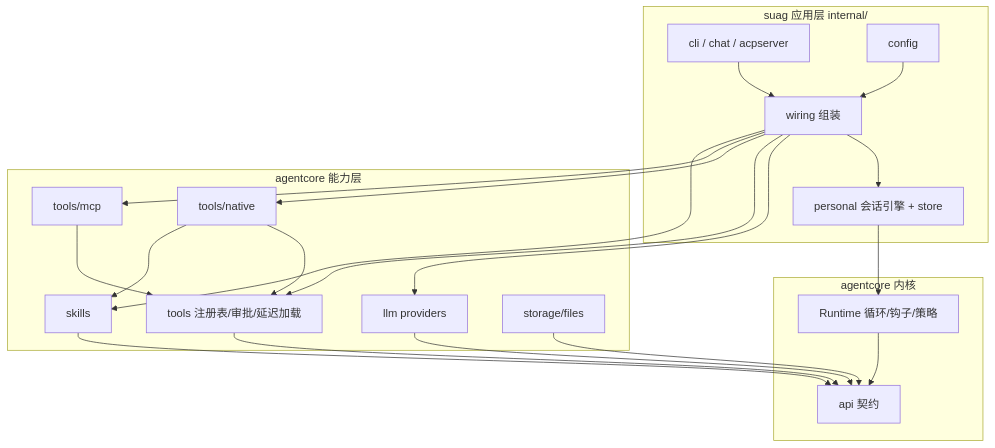
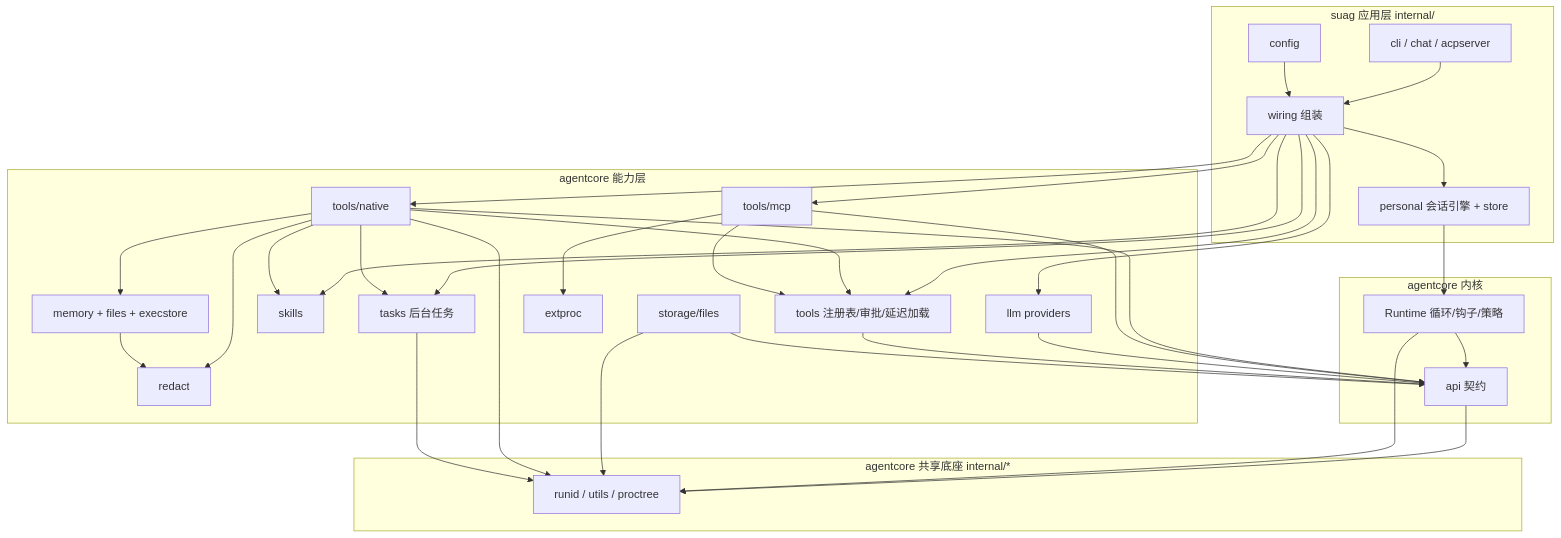
The diagram in docs/design/2026-10-10-agentcore-layering-design.md (inhere/suag), drawn with Mermaid before and after one commit. The commit also changed other lines of this file and 3 other files, not shown here.

````diff
--- a/docs/design/2026-10-10-agentcore-layering-design.md
+++ b/docs/design/2026-10-10-agentcore-layering-design.md
@@ -115,27 +115,36 @@
 ```mermaid
 flowchart TD
   subgraph app[suag 应用层 internal/]
     cli[cli / chat / acpserver]
     wiring[wiring 组装]
     personal[personal 会话引擎 + store]
     config[config]
   end
   subgraph cap[agentcore 能力层]
     llm[llm providers]
     tools[tools 注册表/审批/延迟加载]
     native[tools/native]
     mcp[tools/mcp]
     skills[skills]
+    tasks[tasks 后台任务]
+    memory[memory + files + execstore]
+    redact[redact]
+    extproc[extproc]
     files[storage/files]
   end
   subgraph core[agentcore 内核]
     rt[Runtime 循环/钩子/策略]
     api[api 契约]
   end
+  subgraph base[agentcore 共享底座 internal/*]
+    internal[runid / utils / proctree]
+  end
   cli --> wiring --> personal --> rt
-  wiring --> llm & tools & native & mcp & skills
+  wiring --> llm & tools & native & mcp & skills & tasks
   config --> wiring
-  native --> tools & skills
-  mcp --> tools
-  llm & tools & skills & files & rt --> api
+  native --> tools & skills & tasks & memory & redact & api
+  mcp --> tools & extproc & api
+  memory --> redact
+  llm & tools & files & rt --> api
+  api & rt & files & native & tasks --> internal
 ```
````
